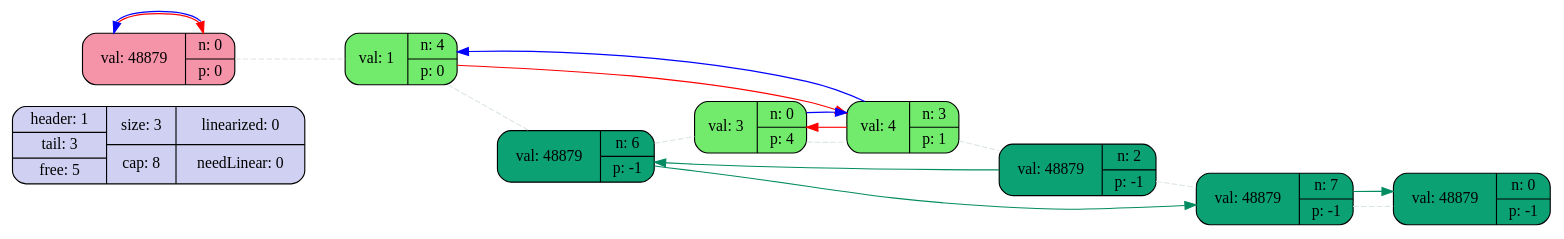
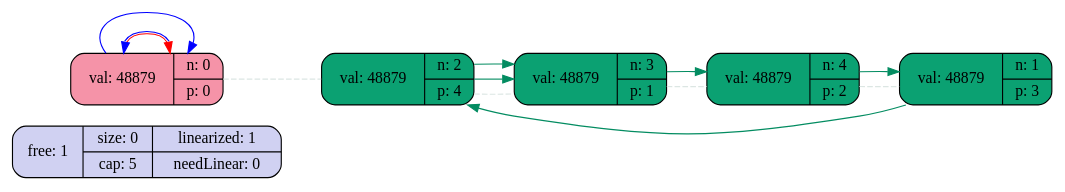
The diagram in temp.dot (ThreadJava800/LinkedList), drawn with Graphviz before and after one commit. The commit also changed 6 other files, not shown here.

```diff
--- a/temp.dot
+++ b/temp.dot
@@ -1,20 +1,16 @@
 digraph structs {
 	rankdir=LR;
-	info[shape=record, style="rounded, filled", fillcolor="#d0d1f2", label="{{header: 1 | tail: 3 | free: 5} |                     {size: 3 | cap: 8} | {linearized: 0 |needLinear: 0} }"];
+	info[shape=record, style="rounded, filled", fillcolor="#d0d1f2", label="{{free: 1} |                     {size: 0 | cap: 5} | {linearized: 1 |needLinear: 0} }"];
 	label0[shape=record, style="rounded, filled", fillcolor="#f593a8", label="{val: 48879 | {n: 0 | p: 0} }"];
-	label1[shape=record, style="rounded, filled", fillcolor="#72eb6c", label="{val: 1 | {n: 4 | p: 0} }"];
-	label2[shape=record, style="rounded, filled", fillcolor="#0ba172", label="{val: 48879 | {n: 6 | p: -1} }"];
-	label3[shape=record, style="rounded, filled", fillcolor="#72eb6c", label="{val: 3 | {n: 0 | p: 4} }"];
-	label4[shape=record, style="rounded, filled", fillcolor="#72eb6c", label="{val: 4 | {n: 3 | p: 1} }"];
-	label5[shape=record, style="rounded, filled", fillcolor="#0ba172", label="{val: 48879 | {n: 2 | p: -1} }"];
-	label6[shape=record, style="rounded, filled", fillcolor="#0ba172", label="{val: 48879 | {n: 7 | p: -1} }"];
-	label7[shape=record, style="rounded, filled", fillcolor="#0ba172", label="{val: 48879 | {n: 0 | p: -1} }"];
-	label0->label1 [color="#dce6e3", style="dashed",arrowhead="none"]	label1->label2 [color="#dce6e3", style="dashed",arrowhead="none"]	label2->label3 [color="#dce6e3", style="dashed",arrowhead="none"]	label3->label4 [color="#dce6e3", style="dashed",arrowhead="none"]	label4->label5 [color="#dce6e3", style="dashed",arrowhead="none"]	label5->label6 [color="#dce6e3", style="dashed",arrowhead="none"]	label6->label7 [color="#dce6e3", style="dashed",arrowhead="none"]	label0->label0 [dir=both, color="red:blue"]
-	label1->label4 [color="red"]
-	label4->label3 [color="red"]
-	label4->label1 [color="blue"]
-	label3->label4 [color="blue"]
-	label5->label2 [color="#038c61"]
-	label2->label6 [color="#038c61"]
-	label6->label7 [color="#038c61"]
+	label1[shape=record, style="rounded, filled", fillcolor="#0ba172", label="{val: 48879 | {n: 2 | p: 4} }"];
+	label2[shape=record, style="rounded, filled", fillcolor="#0ba172", label="{val: 48879 | {n: 3 | p: 1} }"];
+	label3[shape=record, style="rounded, filled", fillcolor="#0ba172", label="{val: 48879 | {n: 4 | p: 2} }"];
+	label4[shape=record, style="rounded, filled", fillcolor="#0ba172", label="{val: 48879 | {n: 1 | p: 3} }"];
+	label0->label1 [color="#dce6e3", style="dashed",arrowhead="none"]	label1->label2 [color="#dce6e3", style="dashed",arrowhead="none"]	label2->label3 [color="#dce6e3", style="dashed",arrowhead="none"]	label3->label4 [color="#dce6e3", style="dashed",arrowhead="none"]	label0->label0 [dir=both, color="red:blue"]
+	label0->label0 [color="blue"]
+	label1->label2 [color="#038c61"]
+	label2->label3 [color="#038c61"]
+	label3->label4 [color="#038c61"]
+	label4->label1 [color="#038c61"]
+	label1->label2 [color="#038c61"]
 }
```
